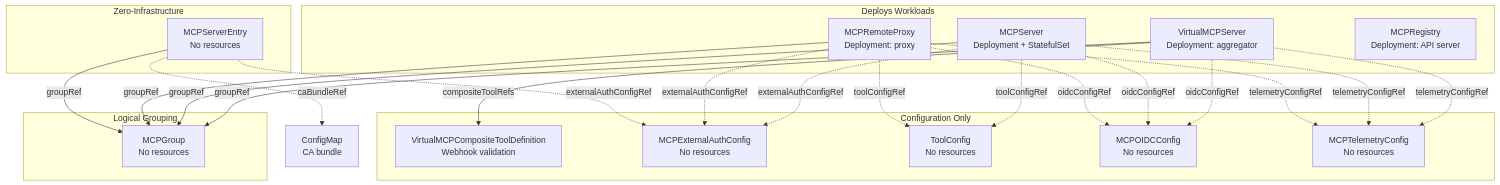
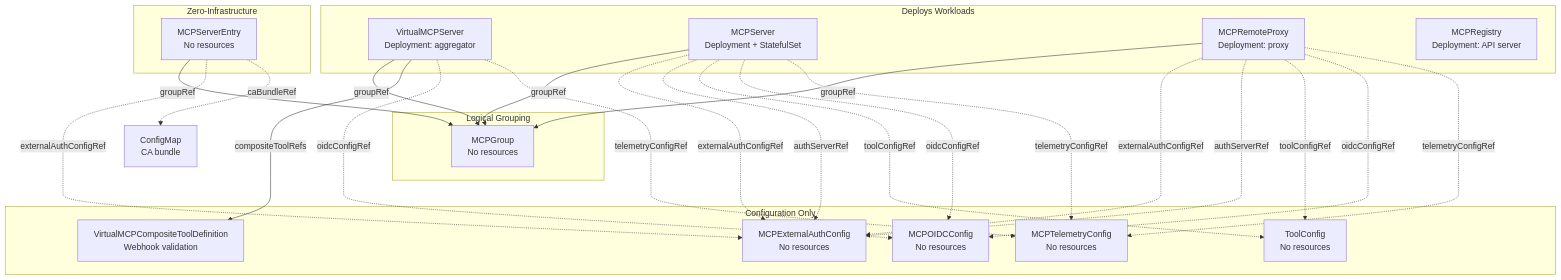
One commit to stacklok/toolhive changed the second of 4 diagrams in docs/arch/09-operator-architecture.md. Above: the diagram before and after it, drawn with Mermaid. The commit also changed other lines of this file, not shown here.

First line of the commit message:
Update operator architecture docs for authServerRef

````diff
--- a/docs/arch/09-operator-architecture.md
+++ b/docs/arch/09-operator-architecture.md
@@ -104,46 +104,48 @@
 ```mermaid
 graph TB
     subgraph "Deploys Workloads"
         VMCP[VirtualMCPServer<br/>Deployment: aggregator]
         Server[MCPServer<br/>Deployment + StatefulSet]
         Proxy[MCPRemoteProxy<br/>Deployment: proxy]
         Registry[MCPRegistry<br/>Deployment: API server]
     end
 
     subgraph "Zero-Infrastructure"
         Entry[MCPServerEntry<br/>No resources]
     end
 
     subgraph "Logical Grouping"
         Group[MCPGroup<br/>No resources]
     end
 
     subgraph "Configuration Only"
         CTD[VirtualMCPCompositeToolDefinition<br/>Webhook validation]
         ExtAuth[MCPExternalAuthConfig<br/>No resources]
         ToolCfg[ToolConfig<br/>No resources]
         OIDCCfg[MCPOIDCConfig<br/>No resources]
         TelCfg[MCPTelemetryConfig<br/>No resources]
     end
 
     VMCP -->|groupRef| Group
     VMCP -->|compositeToolRefs| CTD
     VMCP -.->|oidcConfigRef| OIDCCfg
     VMCP -.->|telemetryConfigRef| TelCfg
 
     Server -->|groupRef| Group
     Server -.->|externalAuthConfigRef| ExtAuth
+    Server -..->|authServerRef| ExtAuth
     Server -.->|toolConfigRef| ToolCfg
     Server -.->|oidcConfigRef| OIDCCfg
     Server -.->|telemetryConfigRef| TelCfg
 
     Proxy -->|groupRef| Group
     Proxy -.->|externalAuthConfigRef| ExtAuth
+    Proxy -..->|authServerRef| ExtAuth
     Proxy -.->|toolConfigRef| ToolCfg
     Proxy -.->|oidcConfigRef| OIDCCfg
     Proxy -.->|telemetryConfigRef| TelCfg
 
     Entry -->|groupRef| Group
     Entry -.->|externalAuthConfigRef| ExtAuth
     Entry -.->|caBundleRef| ConfigMap[ConfigMap<br/>CA bundle]
 ```
````
